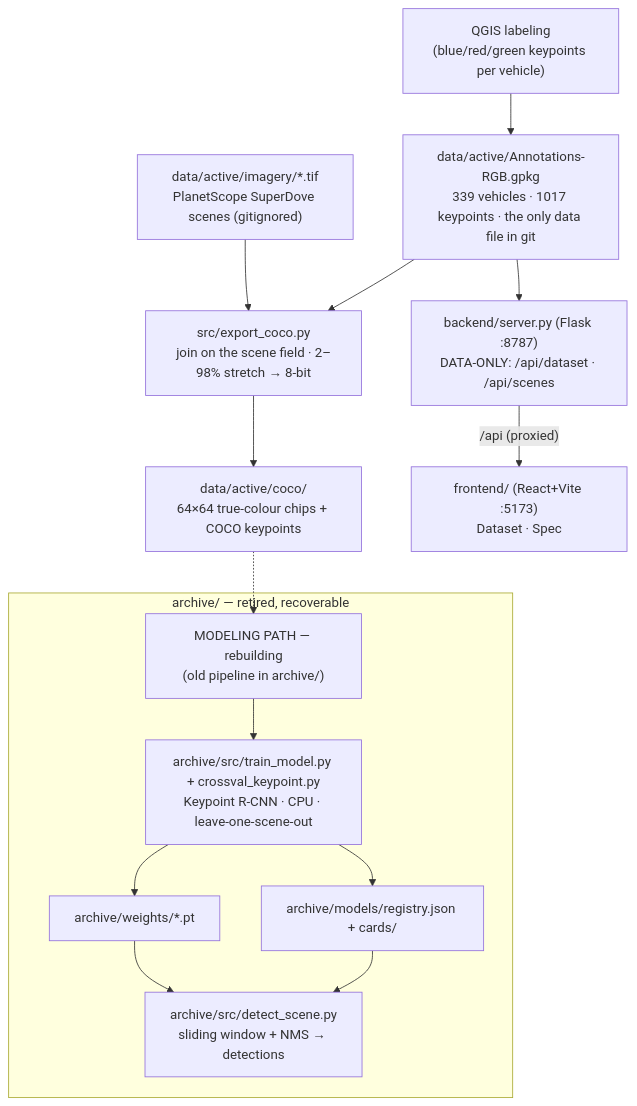
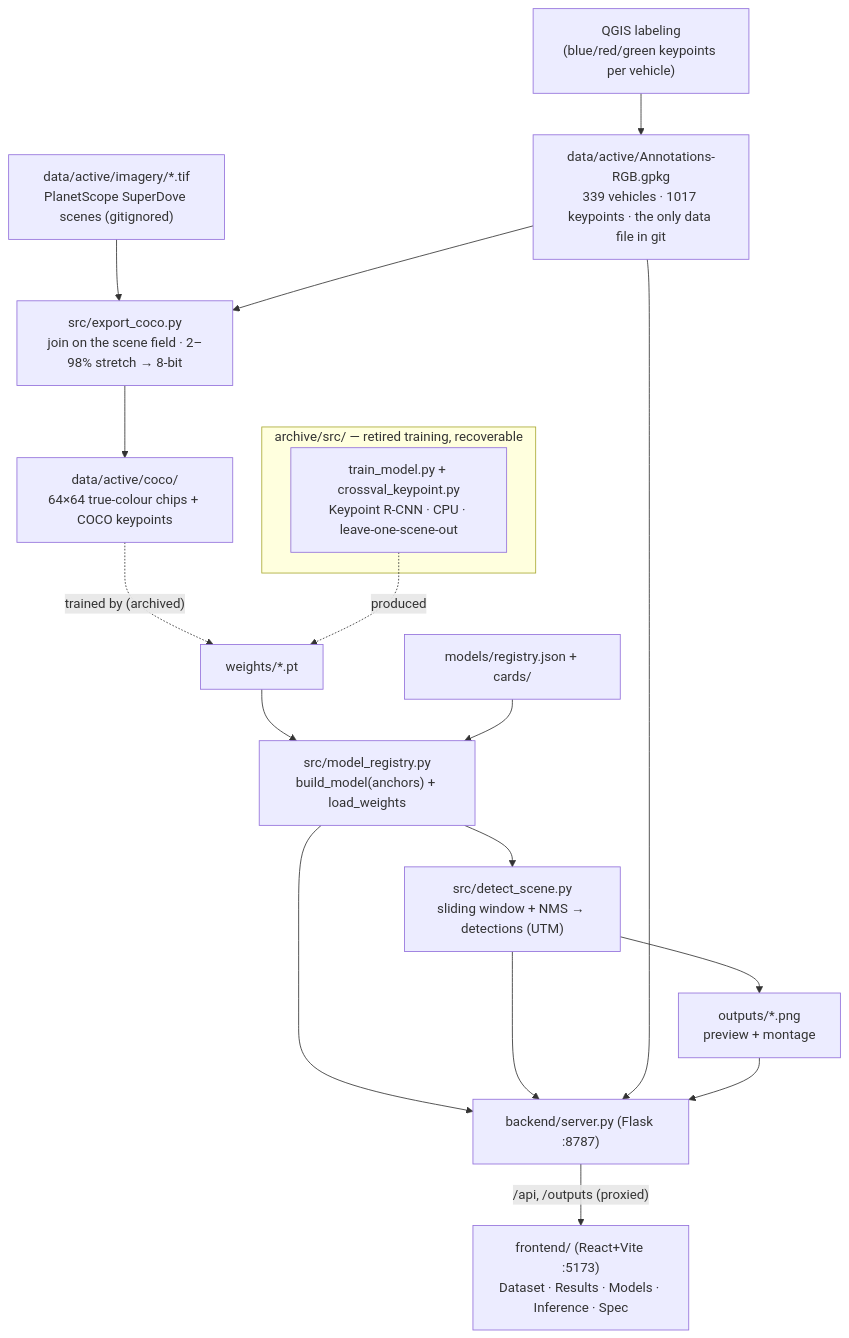
Before and after one commit to corrionhank/truck-detection: the diagram in docs/ARCHITECTURE.md, drawn with Mermaid. The commit also changed other lines of this file and 20 other files, not shown here.

````diff
--- a/docs/ARCHITECTURE.md
+++ b/docs/ARCHITECTURE.md
@@ -13,16 +13,22 @@
 ```mermaid
 flowchart TD
     A["QGIS labeling<br/>(blue/red/green keypoints per vehicle)"] --> B["data/active/Annotations-RGB.gpkg<br/>339 vehicles · 1017 keypoints · the only data file in git"]
     I["data/active/imagery/*.tif<br/>PlanetScope SuperDove scenes (gitignored)"] --> E
     B --> E["src/export_coco.py<br/>join on the scene field · 2–98% stretch → 8-bit"]
     E --> C["data/active/coco/<br/>64×64 true-colour chips + COCO keypoints"]
-    C -.-> M["MODELING PATH — rebuilding<br/>(old pipeline in archive/)"]
-    B --> SRV["backend/server.py (Flask :8787)<br/>DATA-ONLY: /api/dataset · /api/scenes"]
-    SRV -->|"/api (proxied)"| FE["frontend/ (React+Vite :5173)<br/>Dataset · Spec"]
+    C -.->|"trained by (archived)"| W
+    W["weights/*.pt"] --> MR
+    R["models/registry.json + cards/"] --> MR["src/model_registry.py<br/>build_model(anchors) + load_weights"]
+    MR --> D["src/detect_scene.py<br/>sliding window + NMS → detections (UTM)"]
+    D --> O["outputs/*.png<br/>preview + montage"]
+    MR --> SRV["backend/server.py (Flask :8787)"]
+    D --> SRV
+    B --> SRV
+    O --> SRV
+    SRV -->|"/api, /outputs (proxied)"| FE["frontend/ (React+Vite :5173)<br/>Dataset · Results · Models · Inference · Spec"]
 
-    subgraph archived [archive/ — retired, recoverable]
-      M --> T["archive/src/train_model.py + crossval_keypoint.py<br/>Keypoint R-CNN · CPU · leave-one-scene-out"]
-      T --> W["archive/weights/*.pt"] & R["archive/models/registry.json + cards/"]
-      W & R --> D["archive/src/detect_scene.py<br/>sliding window + NMS → detections"]
+    subgraph archived [archive/src/ — retired training, recoverable]
+      T["train_model.py + crossval_keypoint.py<br/>Keypoint R-CNN · CPU · leave-one-scene-out"]
     end
+    T -.->|"produced"| W
 ```
````
